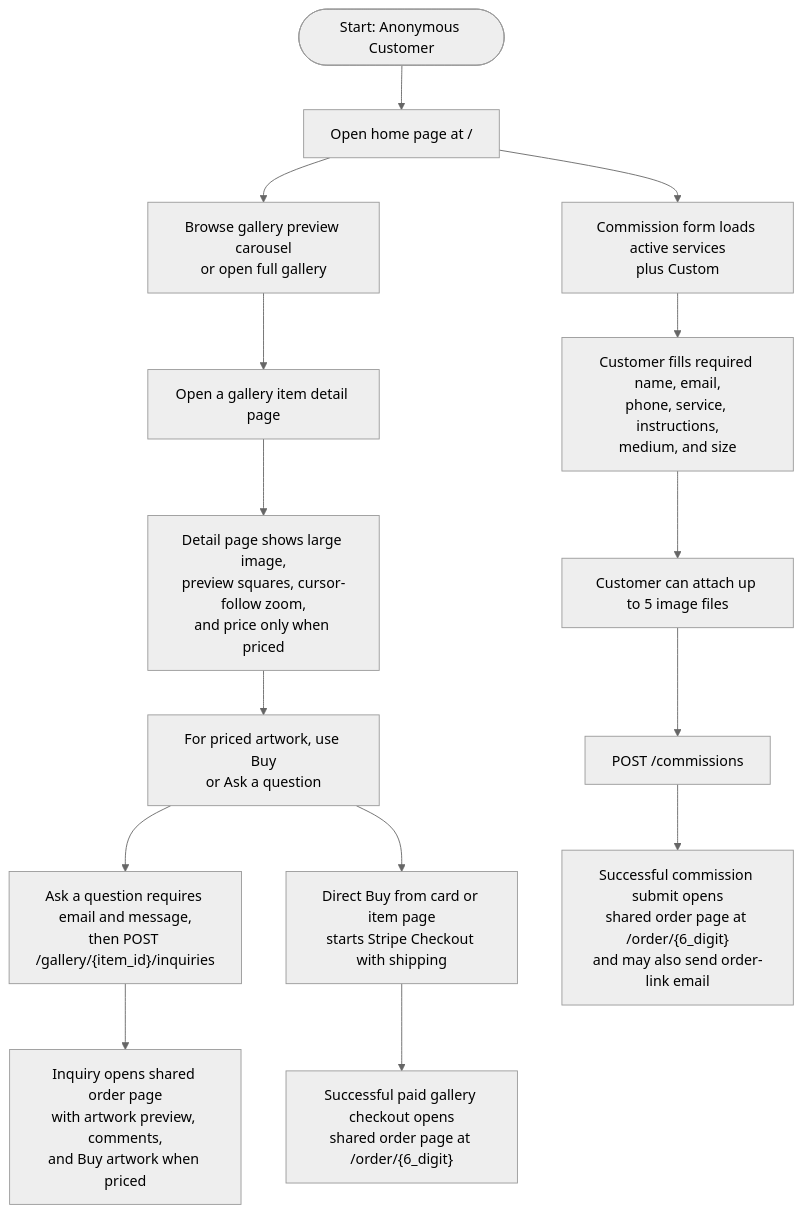
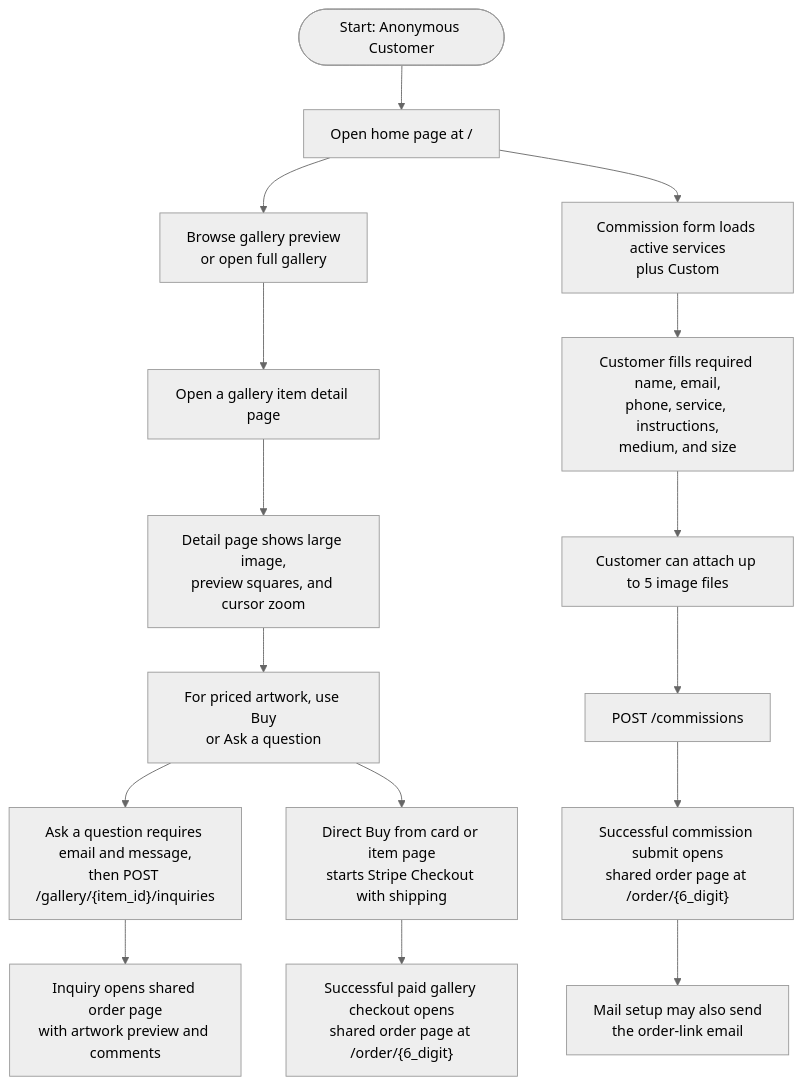
One commit to david-lytikainen/SAS changed the fourth of 5 diagrams in 0_KC/flowchart.md. Above: the diagram before and after it, drawn with Mermaid (neutral theme). The commit also changed other lines of this file and 7 other files, not shown here.

Commit message:
Fix KC flowchart overflow

````diff
--- a/0_KC/flowchart.md
+++ b/0_KC/flowchart.md
@@ -75,23 +76,24 @@
 ```mermaid
 flowchart TB
   C0([Start: Anonymous Customer])
   C1["Open home page at /"]
-  C2["Browse gallery preview carousel<br/>or open full gallery"]
+  C2["Browse gallery preview<br/>or open full gallery"]
   C3["Open a gallery item detail page"]
-  C4["Detail page shows large image,<br/>preview squares, cursor-follow zoom,<br/>and price only when priced"]
+  C4["Detail page shows large image,<br/>preview squares, and cursor zoom"]
   C5["For priced artwork, use Buy<br/>or Ask a question"]
   C6["Ask a question requires email and message,<br/>then POST /gallery/{item_id}/inquiries"]
-  C7["Inquiry opens shared order page<br/>with artwork preview, comments,<br/>and Buy artwork when priced"]
+  C7["Inquiry opens shared order page<br/>with artwork preview and comments"]
   C8["Direct Buy from card or item page<br/>starts Stripe Checkout with shipping"]
   C9["Successful paid gallery checkout opens<br/>shared order page at /order/{6_digit}"]
   C10["Commission form loads active services<br/>plus Custom"]
   C11["Customer fills required name, email,<br/>phone, service, instructions,<br/>medium, and size"]
   C12["Customer can attach up to 5 image files"]
   C13["POST /commissions"]
-  C14["Successful commission submit opens<br/>shared order page at /order/{6_digit}<br/>and may also send order-link email"]
+  C14["Successful commission submit opens<br/>shared order page at /order/{6_digit}"]
+  C15["Mail setup may also send<br/>the order-link email"]
 
   C0 --> C1 --> C2 --> C3 --> C4 --> C5
   C5 --> C6 --> C7
   C5 --> C8 --> C9
-  C1 --> C10 --> C11 --> C12 --> C13 --> C14
+  C1 --> C10 --> C11 --> C12 --> C13 --> C14 --> C15
 ```
````
